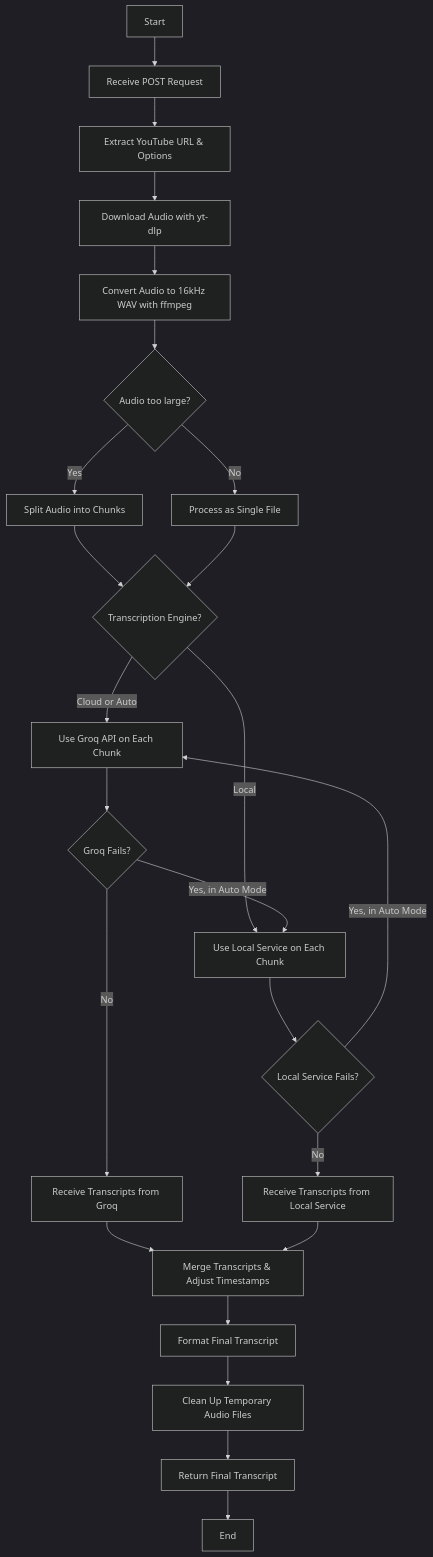
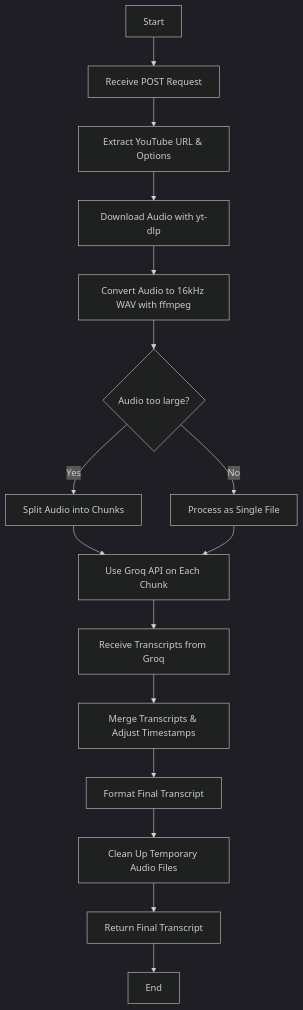
One commit to devtitus/YouTube-Transcripts-Using-Whisper changed the diagram in WORKFLOW.md. Above: the diagram before and after it, drawn with Mermaid (dark theme). The commit also changed other lines of this file and 22 other files, not shown here.

First line of the commit message:
refactor: Remove local ASR service and simplify architecture

````diff
--- a/WORKFLOW.md
+++ b/WORKFLOW.md
@@ -9,26 +9,18 @@
 ```mermaid
 graph TD
     A[Start] --> B[Receive POST Request];
     B --> C[Extract YouTube URL & Options];
     C --> D[Download Audio with yt-dlp];
     D --> E[Convert Audio to 16kHz WAV with ffmpeg];
     E --> F{Audio too large?};
     F -- Yes --> G[Split Audio into Chunks];
     F -- No --> H[Process as Single File];
-    G --> I{Transcription Engine?};
+    G --> I[Use Groq API on Each Chunk];
     H --> I;
-    I -- Cloud or Auto --> J[Use Groq API on Each Chunk];
-    I -- Local --> K[Use Local Service on Each Chunk];
-    J --> L{Groq Fails?};
-    L -- Yes, in Auto Mode --> K;
-    L -- No --> M[Receive Transcripts from Groq];
-    K --> N{Local Service Fails?};
-    N -- Yes, in Auto Mode --> J;
-    N -- No --> O[Receive Transcripts from Local Service];
-    M --> P[Merge Transcripts & Adjust Timestamps];
-    O --> P;
-    P --> Q[Format Final Transcript];
-    Q --> R[Clean Up Temporary Audio Files];
-    R --> S[Return Final Transcript];
-    S --> T[End];
+    I --> J[Receive Transcripts from Groq];
+    J --> K[Merge Transcripts & Adjust Timestamps];
+    K --> L[Format Final Transcript];
+    L --> M[Clean Up Temporary Audio Files];
+    M --> N[Return Final Transcript];
+    N --> O[End];
 ```
````
